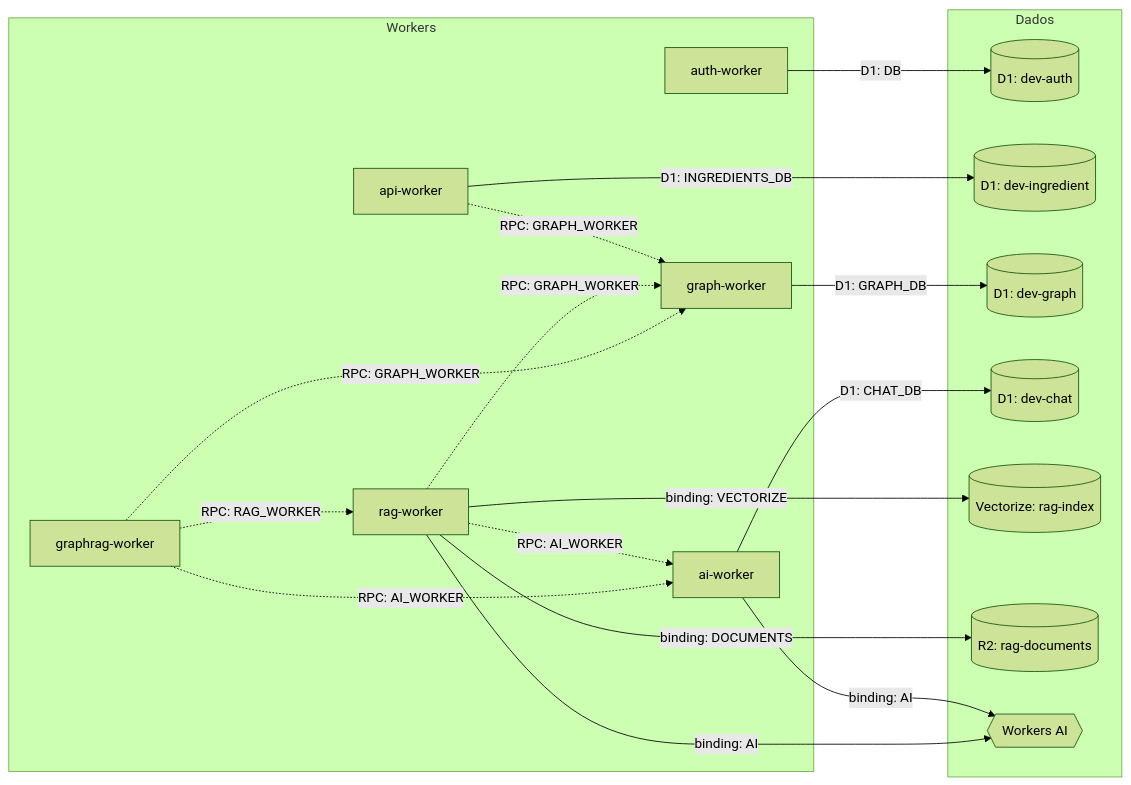
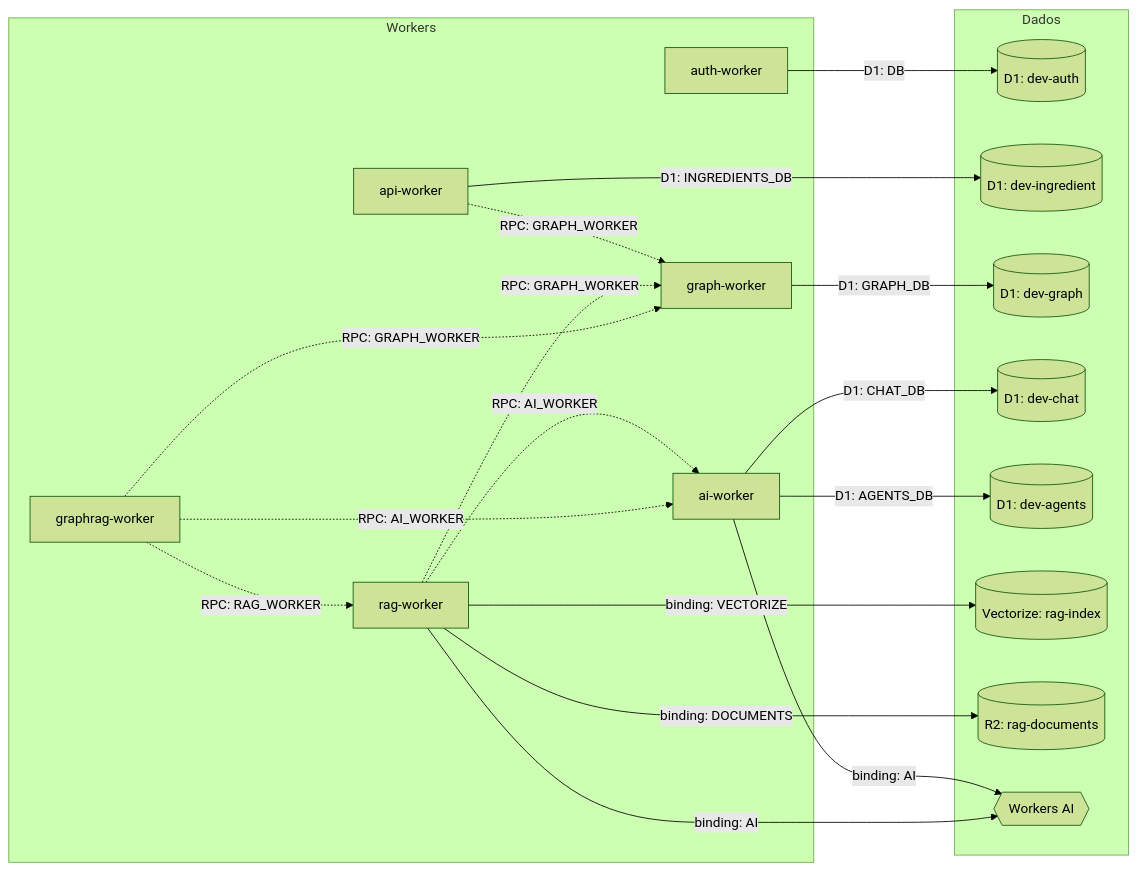
Before and after one commit to 0xHackerSpace/wrapper-api: the diagram in docs/worker-diagram.md, drawn with Mermaid (forest theme). The commit also changed other lines of this file and 5 other files, not shown here.

````diff
--- a/docs/worker-diagram.md
+++ b/docs/worker-diagram.md
@@ -5,37 +5,39 @@
 ```mermaid
 flowchart LR
     subgraph Workers
         api[api-worker]
         auth[auth-worker]
         ai[ai-worker]
         graphw[graph-worker]
         rag[rag-worker]
         graphrag[graphrag-worker]
     end
 
     subgraph Dados
         d1auth[(D1: dev-auth)]
         d1ingredient[(D1: dev-ingredient)]
         d1graph[(D1: dev-graph)]
         d1chat[(D1: dev-chat)]
+        d1agents[(D1: dev-agents)]
         vectorize[(Vectorize: rag-index)]
         r2[(R2: rag-documents)]
         workersai{{Workers AI}}
     end
 
     api -->|D1: INGREDIENTS_DB| d1ingredient
     auth -->|D1: DB| d1auth
     graphw -->|D1: GRAPH_DB| d1graph
     ai -->|binding: AI| workersai
     ai -->|D1: CHAT_DB| d1chat
+    ai -->|D1: AGENTS_DB| d1agents
     rag -->|binding: AI| workersai
     rag -->|binding: VECTORIZE| vectorize
     rag -->|binding: DOCUMENTS| r2
 
     api -.->|RPC: GRAPH_WORKER| graphw
     rag -.->|RPC: GRAPH_WORKER| graphw
     rag -.->|RPC: AI_WORKER| ai
     graphrag -.->|RPC: RAG_WORKER| rag
     graphrag -.->|RPC: GRAPH_WORKER| graphw
     graphrag -.->|RPC: AI_WORKER| ai
 ```
````
